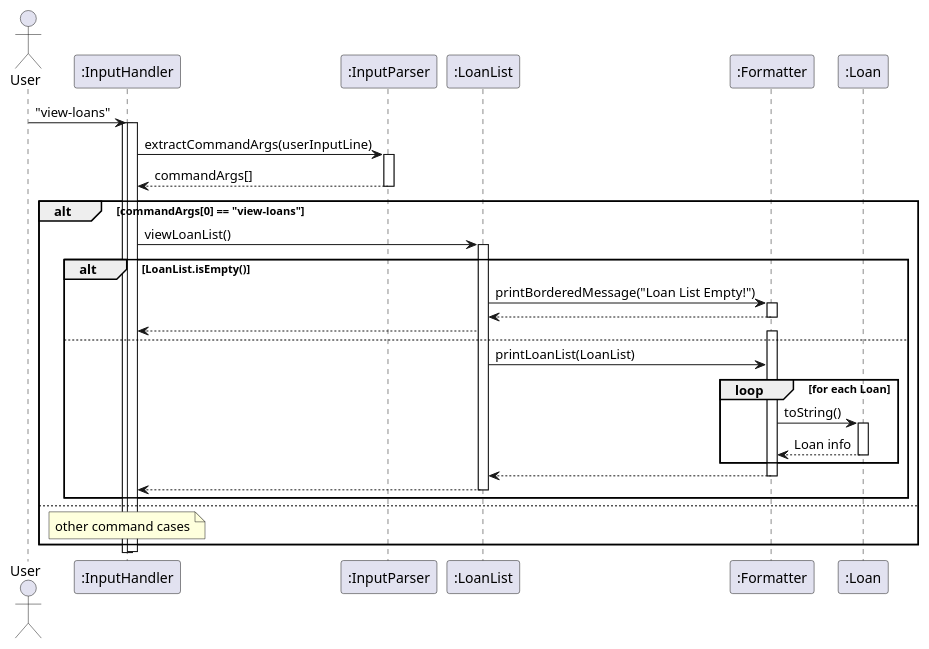
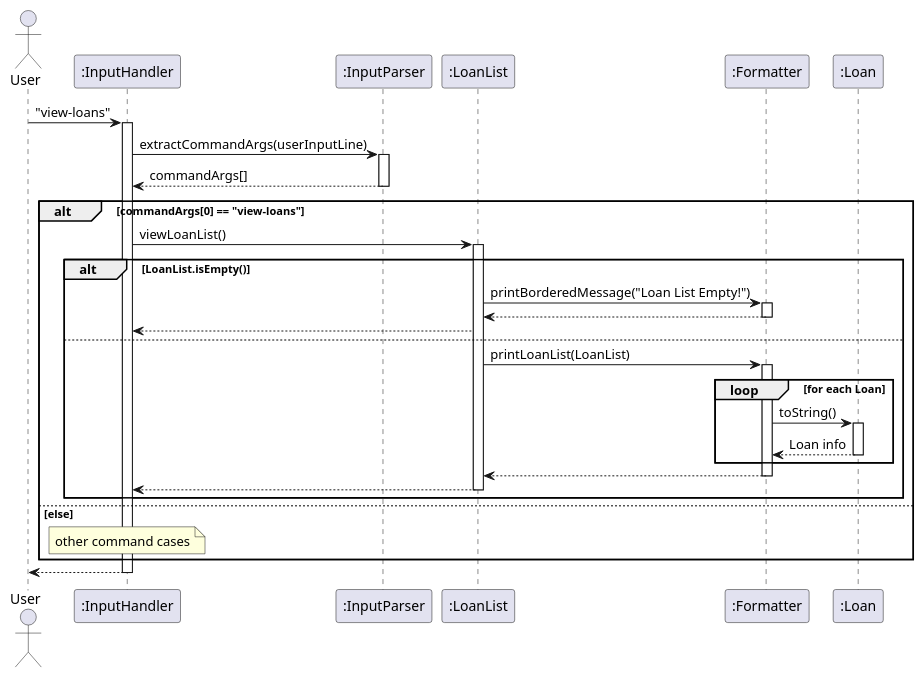
One commit to AY2425S2-CS2113-T12-2/tp changed the diagram in docs/diagrams/viewLoans.puml. Above: the diagram before and after it, drawn with PlantUML. The commit also changed 1 other file, not shown here.

```diff
--- a/docs/diagrams/viewLoans.puml
+++ b/docs/diagrams/viewLoans.puml
@@ -1,47 +1,48 @@
 @startuml
 actor User
 participant InputHandler as ":InputHandler"
 participant InputParser as ":InputParser"
 participant LoanList as ":LoanList"
 participant Formatter as ":Formatter"
 participant Loan as ":Loan"
 
 
 User -> InputHandler: "view-loans"
 activate InputHandler
-    activate InputHandler
     InputHandler -> InputParser: extractCommandArgs(userInputLine)
     activate InputParser
     InputParser --> InputHandler: commandArgs[]
     deactivate InputParser
     alt commandArgs[0] == "view-loans"
         InputHandler -> LoanList: viewLoanList()
         activate LoanList
         alt LoanList.isEmpty() 
             LoanList -> Formatter : printBorderedMessage("Loan List Empty!")
             activate Formatter
             Formatter --> LoanList
             deactivate Formatter
             LoanList --> InputHandler
         else
+            LoanList -> Formatter: printLoanList(LoanList)
             activate Formatter
-            LoanList -> Formatter: printLoanList(LoanList)
                 loop for each Loan
                     Formatter -> Loan: toString()
                     activate Loan
                     Loan --> Formatter: Loan info
                     deactivate Loan
                 end
             Formatter --> LoanList
             deactivate Formatter
         LoanList --> InputHandler
         deactivate LoanList
         end
-    else
+    else else
     note over InputHandler
     other command cases
     end note
 end
+InputHandler --> User
 deactivate InputHandler
 
+
 @enduml
```
